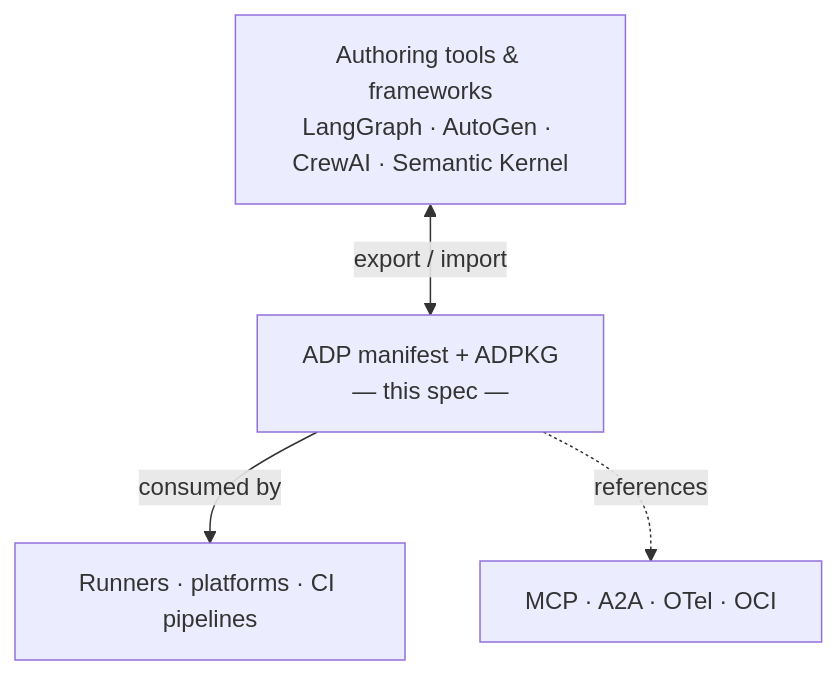
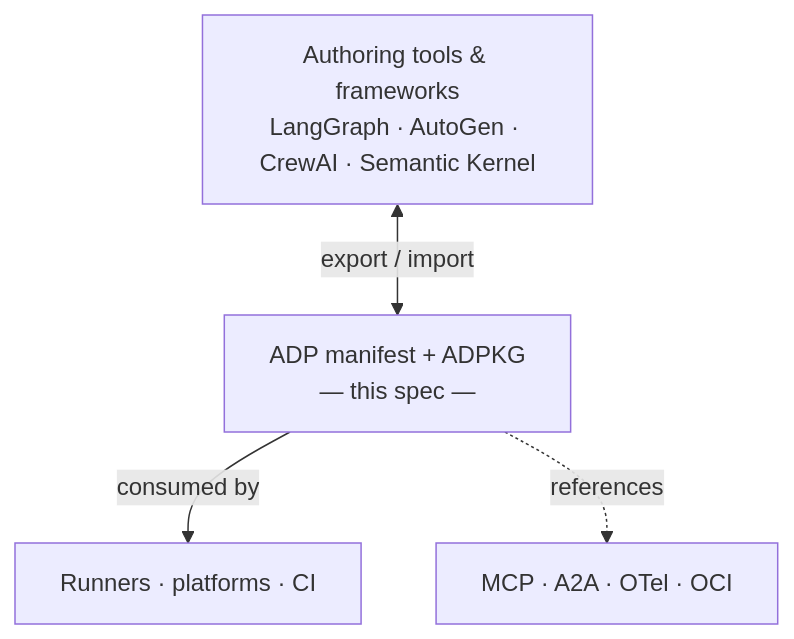
One commit to casabre/agent-definition-protocol changed the diagram in README.md. Above: the diagram before and after it, drawn with Mermaid. The commit also changed other lines of this file, not shown here.

````diff
--- a/README.md
+++ b/README.md
@@ -102,11 +105,11 @@
 ```mermaid
 flowchart TD
     A["Authoring tools & frameworks\nLangGraph · AutoGen · CrewAI · Semantic Kernel"]
     B["ADP manifest + ADPKG\n— this spec —"]
-    C["Runners · platforms · CI pipelines"]
+    C["Runners · platforms · CI"]
     D["MCP · A2A · OTel · OCI"]
 
     A <-->|"export / import"| B
     B -->|"consumed by"| C
     B -.->|"references"| D
 ```
````
